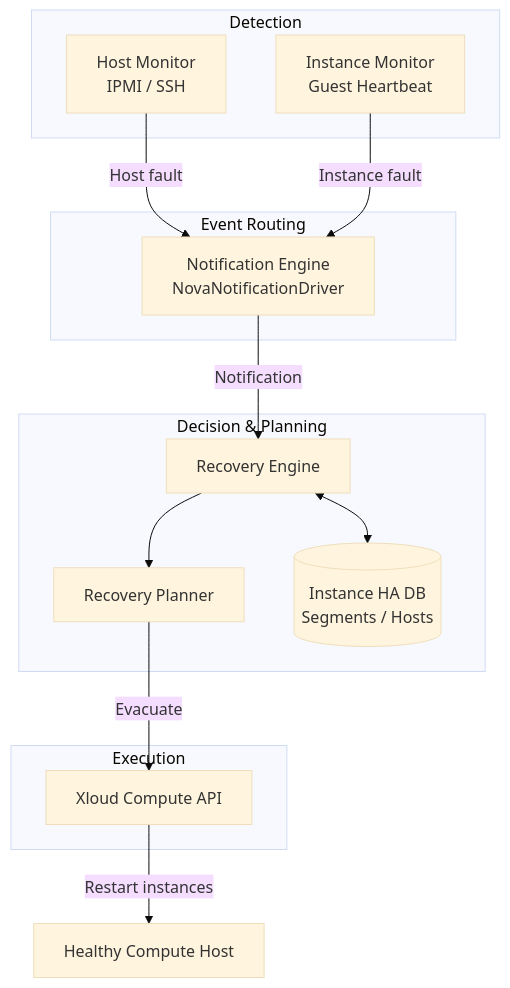
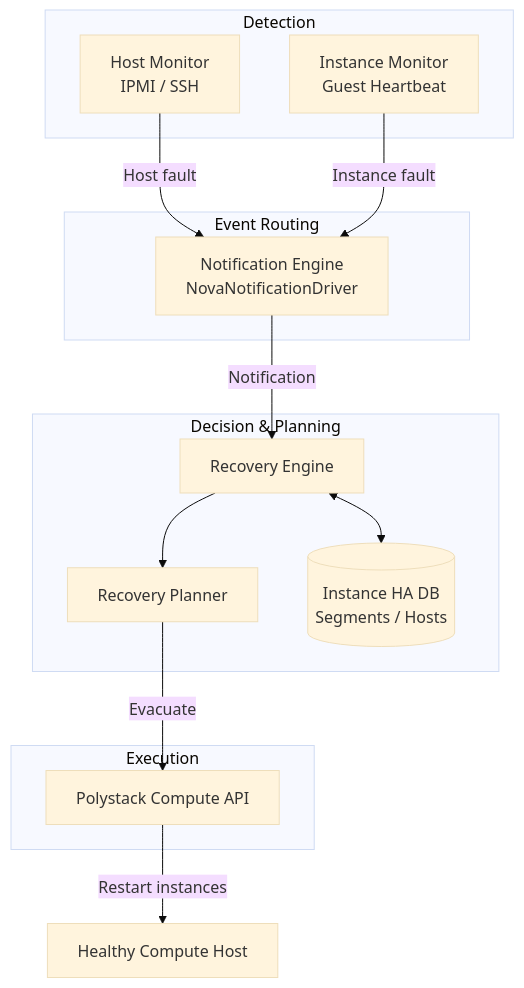
The first of 2 diagrams in services/instance-ha/admin-guide/architecture.mdx (ankur-kumar87/docs-polystack), drawn with Mermaid (base theme) before and after one commit. The commit also changed other lines of this file and 425 other files, not shown here.

````diff
--- a/services/instance-ha/admin-guide/architecture.mdx
+++ b/services/instance-ha/admin-guide/architecture.mdx
@@ -24,29 +24,29 @@
 ```mermaid
 graph TD
     subgraph Detection
         HM[Host Monitor<br/>IPMI / SSH]
         IM[Instance Monitor<br/>Guest Heartbeat]
     end
 
     subgraph Event Routing
         NE[Notification Engine<br/>NovaNotificationDriver]
     end
 
     subgraph Decision & Planning
         RE[Recovery Engine]
         PL[Recovery Planner]
         DB[(Instance HA DB<br/>Segments / Hosts)]
     end
 
     subgraph Execution
-        CA[Xloud Compute API]
+        CA[Polystack Compute API]
     end
 
     HM -->|Host fault| NE
     IM -->|Instance fault| NE
     NE -->|Notification| RE
     RE <--> DB
     RE --> PL
     PL -->|Evacuate| CA
     CA -->|Restart instances| CN[Healthy Compute Host]
 ```
````
